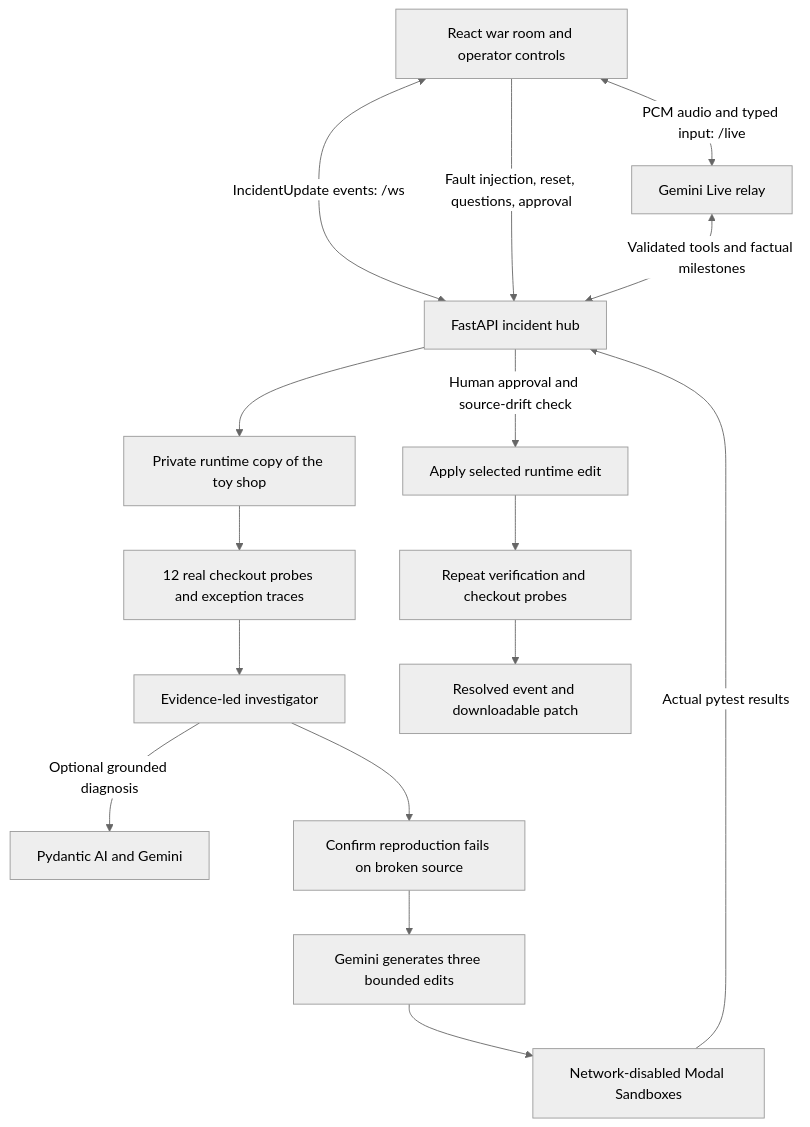
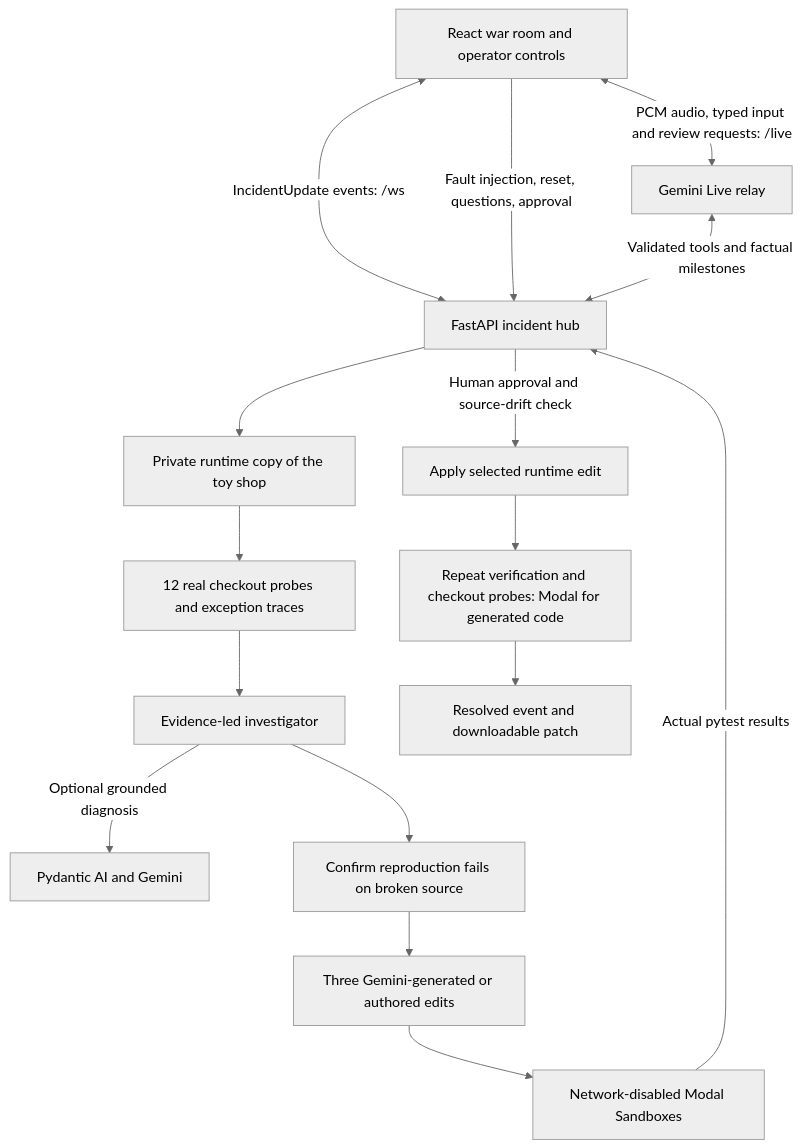
Before and after one commit to hashkanna/first-response: the diagram in docs/architecture.md, drawn with Mermaid (neutral theme). The commit also changed other lines of this file and 25 other files, not shown here.

Commit message:
Finalize incident-bound voice review and verified demo release

````diff
--- a/docs/architecture.md
+++ b/docs/architecture.md
@@ -10,18 +12,18 @@
 ```mermaid
 flowchart TD
     UI[React war room and operator controls] <-->|IncidentUpdate events: /ws| Hub[FastAPI incident hub]
     UI -->|Fault injection, reset, questions, approval| Hub
-    UI <-->|PCM audio and typed input: /live| Voice[Gemini Live relay]
+    UI <-->|PCM audio, typed input and review requests: /live| Voice[Gemini Live relay]
     Voice <-->|Validated tools and factual milestones| Hub
     Hub --> Shop[Private runtime copy of the toy shop]
     Shop --> Probe[12 real checkout probes and exception traces]
     Probe --> Investigator[Evidence-led investigator]
     Investigator -->|Optional grounded diagnosis| AI[Pydantic AI and Gemini]
     Investigator --> Repro[Confirm reproduction fails on broken source]
-    Repro --> Fanout[Gemini generates three bounded edits]
+    Repro --> Fanout[Three Gemini-generated or authored edits]
     Fanout --> Modal[Network-disabled Modal Sandboxes]
     Modal -->|Actual pytest results| Hub
     Hub -->|Human approval and source-drift check| Apply[Apply selected runtime edit]
-    Apply --> Recheck[Repeat verification and checkout probes]
+    Apply --> Recheck[Repeat verification and checkout probes: Modal for generated code]
     Recheck --> Artifact[Resolved event and downloadable patch]
 ```
````
